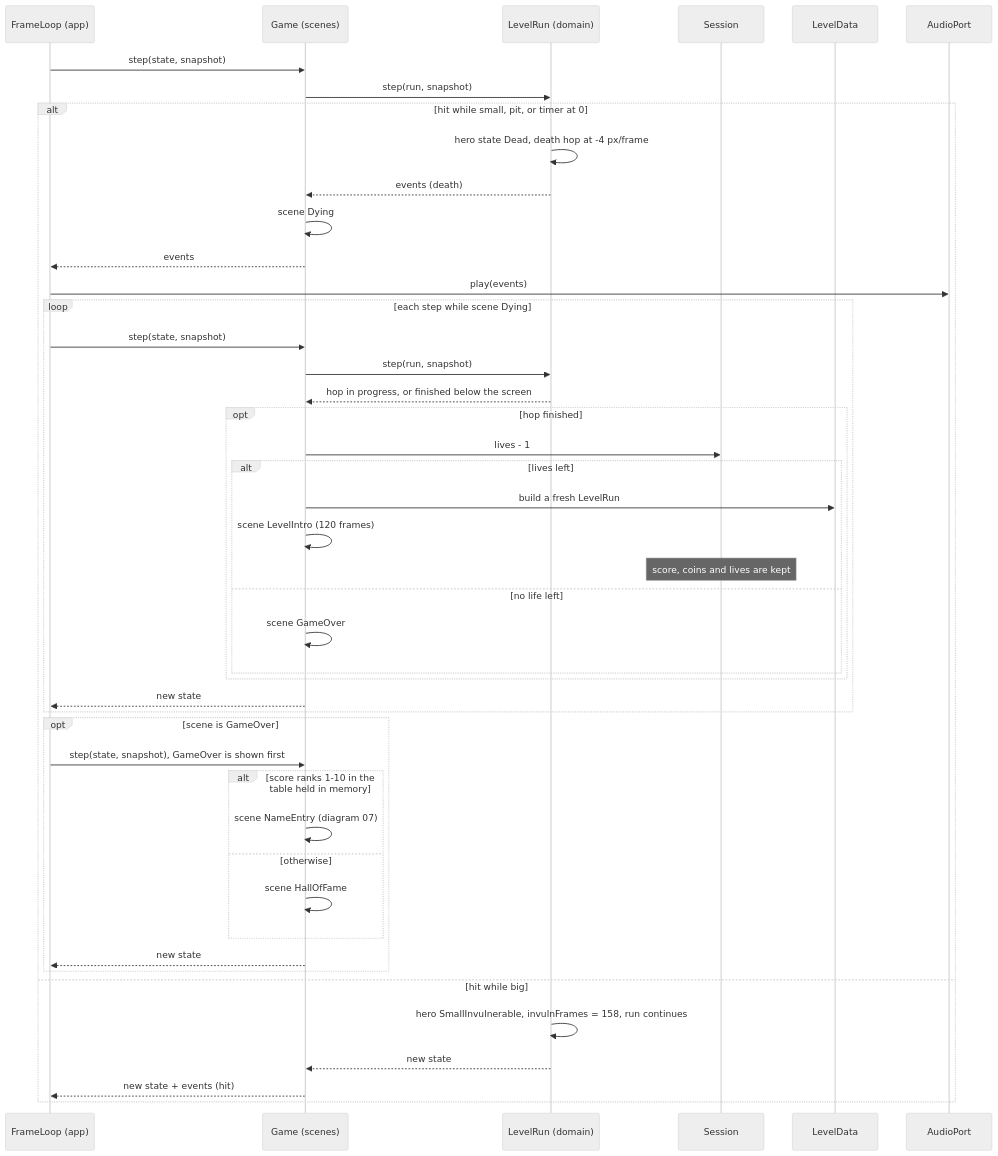
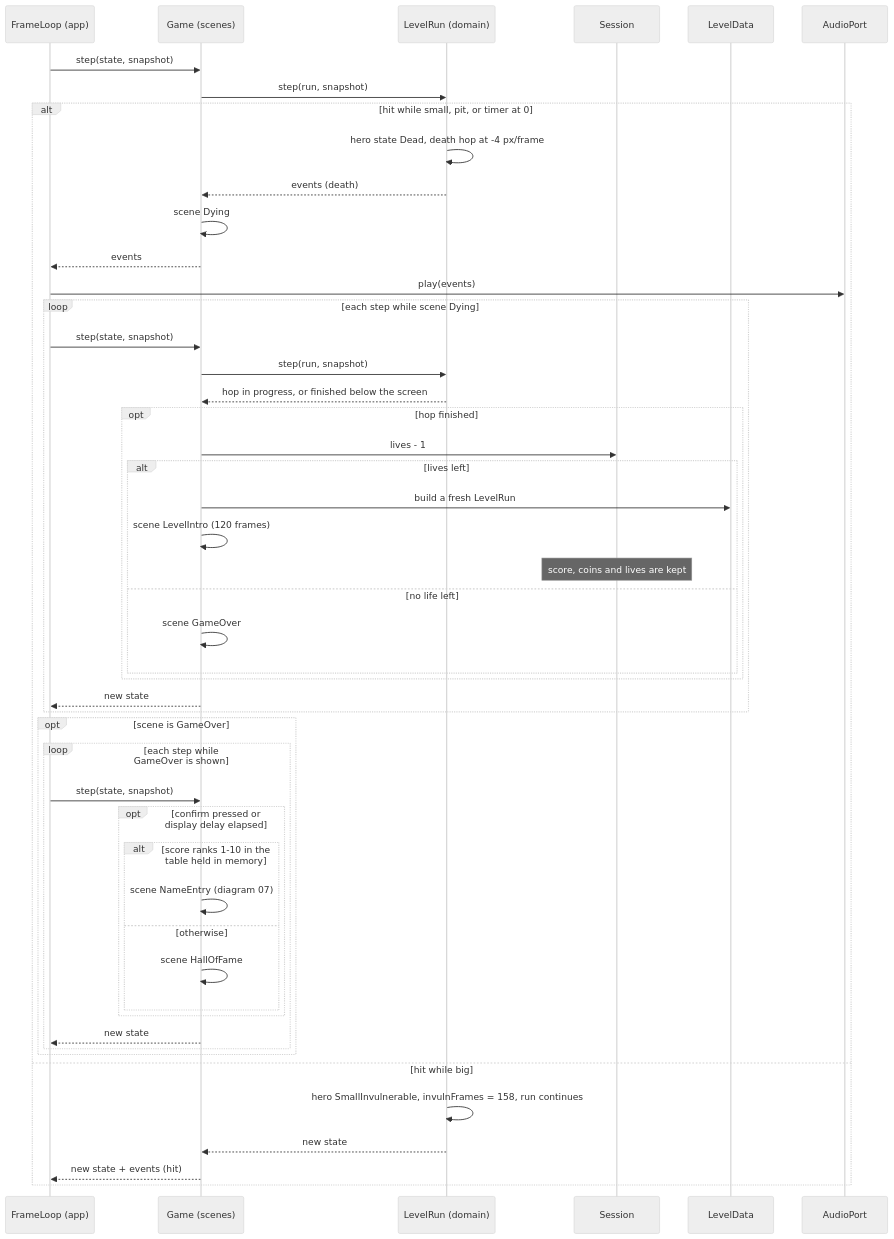
One commit to benoit-bremaud/retro-plumber changed the diagram in docs/architecture/diagrams/gameplay/13-sequence-death-retry.md. Above: the diagram before and after it, drawn with Mermaid (neutral theme). The commit also changed other lines of this file, not shown here.

Commit message:
docs(uml): hold GameOver until confirm or delay in 13 (#7)

````diff
--- a/docs/architecture/diagrams/gameplay/13-sequence-death-retry.md
+++ b/docs/architecture/diagrams/gameplay/13-sequence-death-retry.md
@@ -13,47 +13,51 @@
 ```mermaid
 sequenceDiagram
     participant FL as FrameLoop (app)
     participant G as Game (scenes)
     participant LR as LevelRun (domain)
     participant Sess as Session
     participant LD as LevelData
     participant Snd as AudioPort
     FL->>G: step(state, snapshot)
     G->>LR: step(run, snapshot)
     alt hit while small, pit, or timer at 0
         LR->>LR: hero state Dead, death hop at -4 px/frame
         LR-->>G: events (death)
         G->>G: scene Dying
         G-->>FL: events
         FL->>Snd: play(events)
         loop each step while scene Dying
             FL->>G: step(state, snapshot)
             G->>LR: step(run, snapshot)
             LR-->>G: hop in progress, or finished below the screen
             opt hop finished
                 G->>Sess: lives - 1
                 alt lives left
                     G->>LD: build a fresh LevelRun
                     G->>G: scene LevelIntro (120 frames)
                     Note over Sess: score, coins and lives are kept
                 else no life left
                     G->>G: scene GameOver
                 end
             end
             G-->>FL: new state
         end
         opt scene is GameOver
-            FL->>G: step(state, snapshot), GameOver is shown first
-            alt score ranks 1-10 in the table held in memory
-                G->>G: scene NameEntry (diagram 07)
-            else otherwise
-                G->>G: scene HallOfFame
+            loop each step while GameOver is shown
+                FL->>G: step(state, snapshot)
+                opt confirm pressed or display delay elapsed
+                    alt score ranks 1-10 in the table held in memory
+                        G->>G: scene NameEntry (diagram 07)
+                    else otherwise
+                        G->>G: scene HallOfFame
+                    end
+                end
+                G-->>FL: new state
             end
-            G-->>FL: new state
         end
     else hit while big
         LR->>LR: hero SmallInvulnerable, invulnFrames = 158, run continues
         LR-->>G: new state
         G-->>FL: new state + events (hit)
     end
 ```
````
